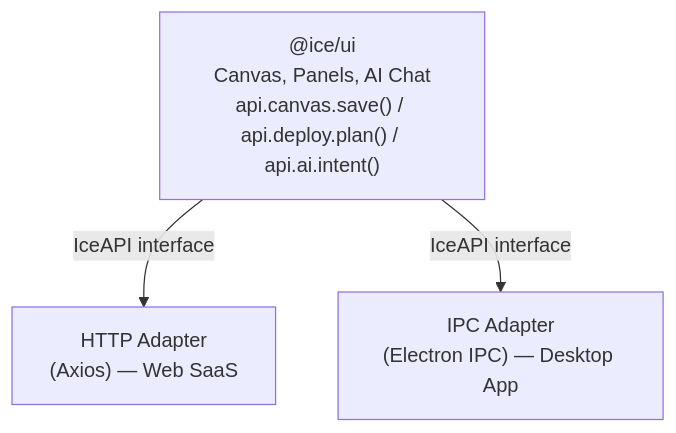
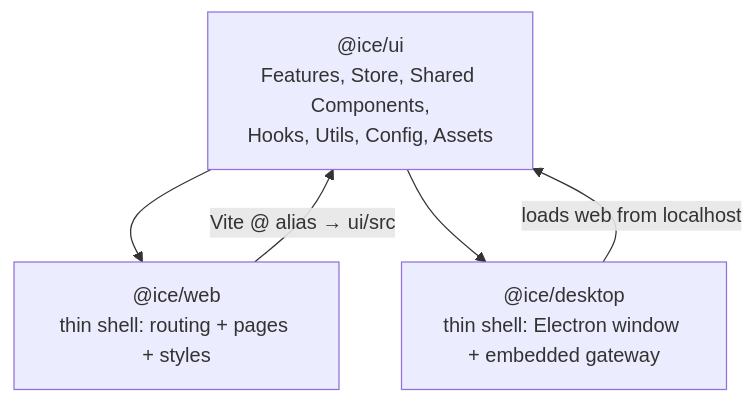
One commit to light-cloud-com/ice changed the third of 7 diagrams in docs/architecture.md. Above: the diagram before and after it, drawn with Mermaid. The commit also changed other lines of this file and 7 other files, not shown here.

````diff
--- a/docs/architecture.md
+++ b/docs/architecture.md
@@ -37,6 +67,10 @@
 ```mermaid
 graph TD
-    UI["@ice/ui<br/>Canvas, Panels, AI Chat<br/>api.canvas.save() / api.deploy.plan() / api.ai.intent()"]
-    UI -->|"IceAPI interface"| HTTP["HTTP Adapter<br/>(Axios) — Web SaaS"]
-    UI -->|"IceAPI interface"| IPC["IPC Adapter<br/>(Electron IPC) — Desktop App"]
+    UI["@ice/ui<br/>Features, Store, Shared Components,<br/>Hooks, Utils, Config, Assets"]
+
+    UI --> Web["@ice/web<br/>thin shell: routing + pages + styles"]
+    UI --> Desktop["@ice/desktop<br/>thin shell: Electron window + embedded gateway"]
+
+    Web -->|"Vite @ alias → ui/src"| UI
+    Desktop -->|"loads web from localhost"| UI
 ```
````
